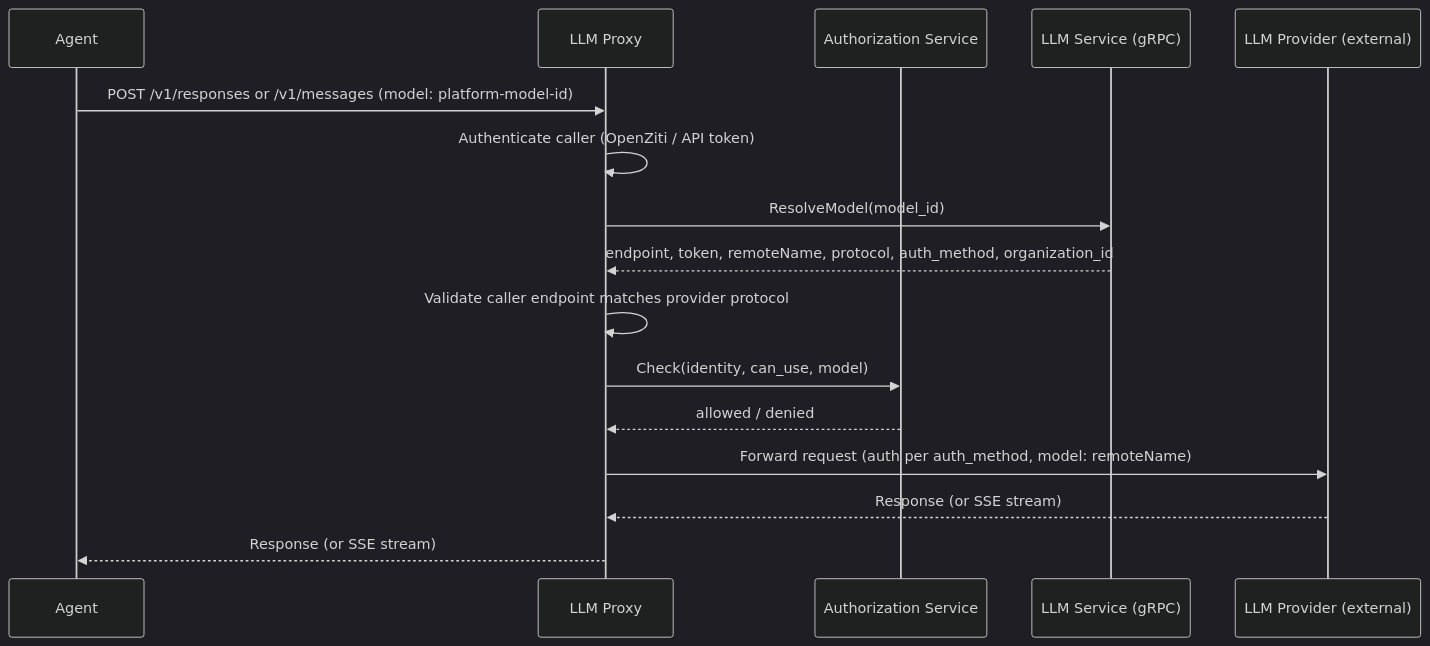
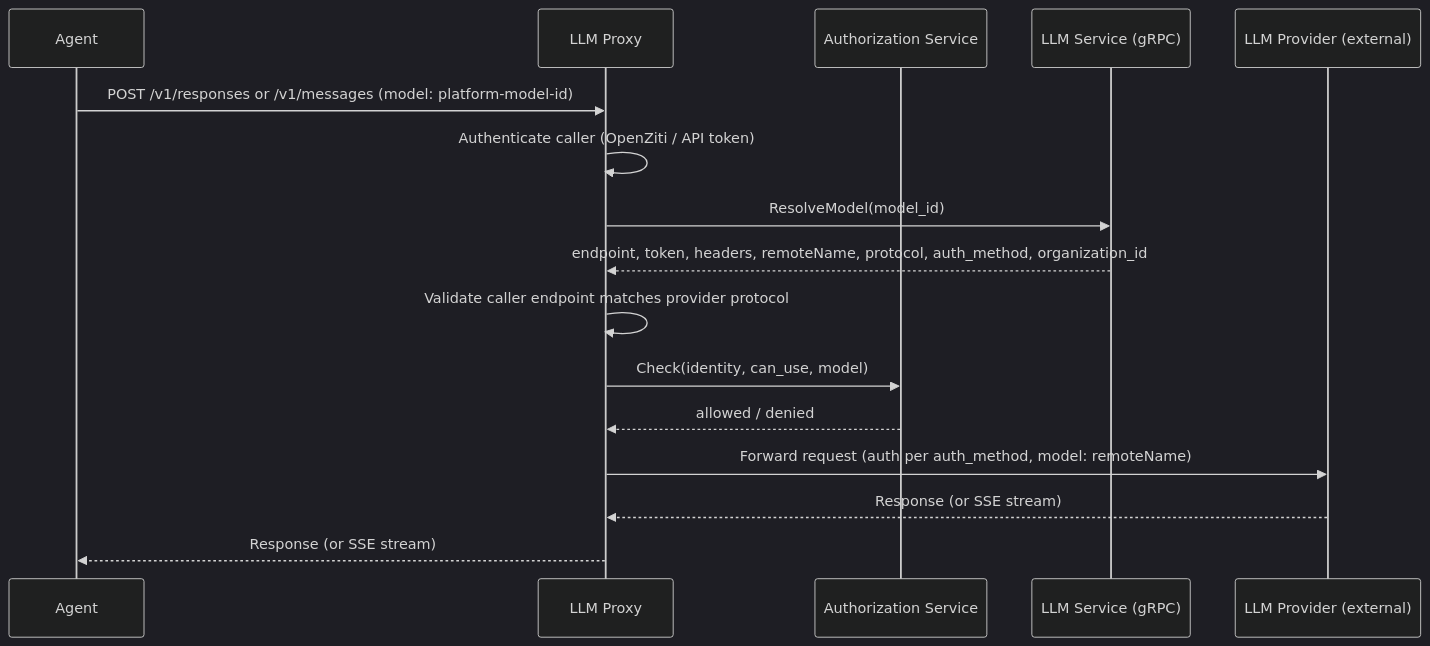
Before and after one commit to agynio/architecture: the diagram in architecture/llm-proxy.md, drawn with Mermaid (dark theme). The commit also changed other lines of this file and 5 other files, not shown here.

Commit message:
Add auth headers to llm providers

````diff
--- a/architecture/llm-proxy.md
+++ b/architecture/llm-proxy.md
@@ -140,19 +140,19 @@
 ```mermaid
 sequenceDiagram
     participant A as Agent
     participant P as LLM Proxy
     participant Auth as Authorization Service
     participant L as LLM Service (gRPC)
     participant E as LLM Provider (external)
 
     A->>P: POST /v1/responses or /v1/messages (model: platform-model-id)
     P->>P: Authenticate caller (OpenZiti / API token)
     P->>L: ResolveModel(model_id)
-    L-->>P: endpoint, token, remoteName, protocol, auth_method, organization_id
+    L-->>P: endpoint, token, headers, remoteName, protocol, auth_method, organization_id
     P->>P: Validate caller endpoint matches provider protocol
     P->>Auth: Check(identity, can_use, model)
     Auth-->>P: allowed / denied
     P->>E: Forward request (auth per auth_method, model: remoteName)
     E-->>P: Response (or SSE stream)
     P-->>A: Response (or SSE stream)
 ```
````
